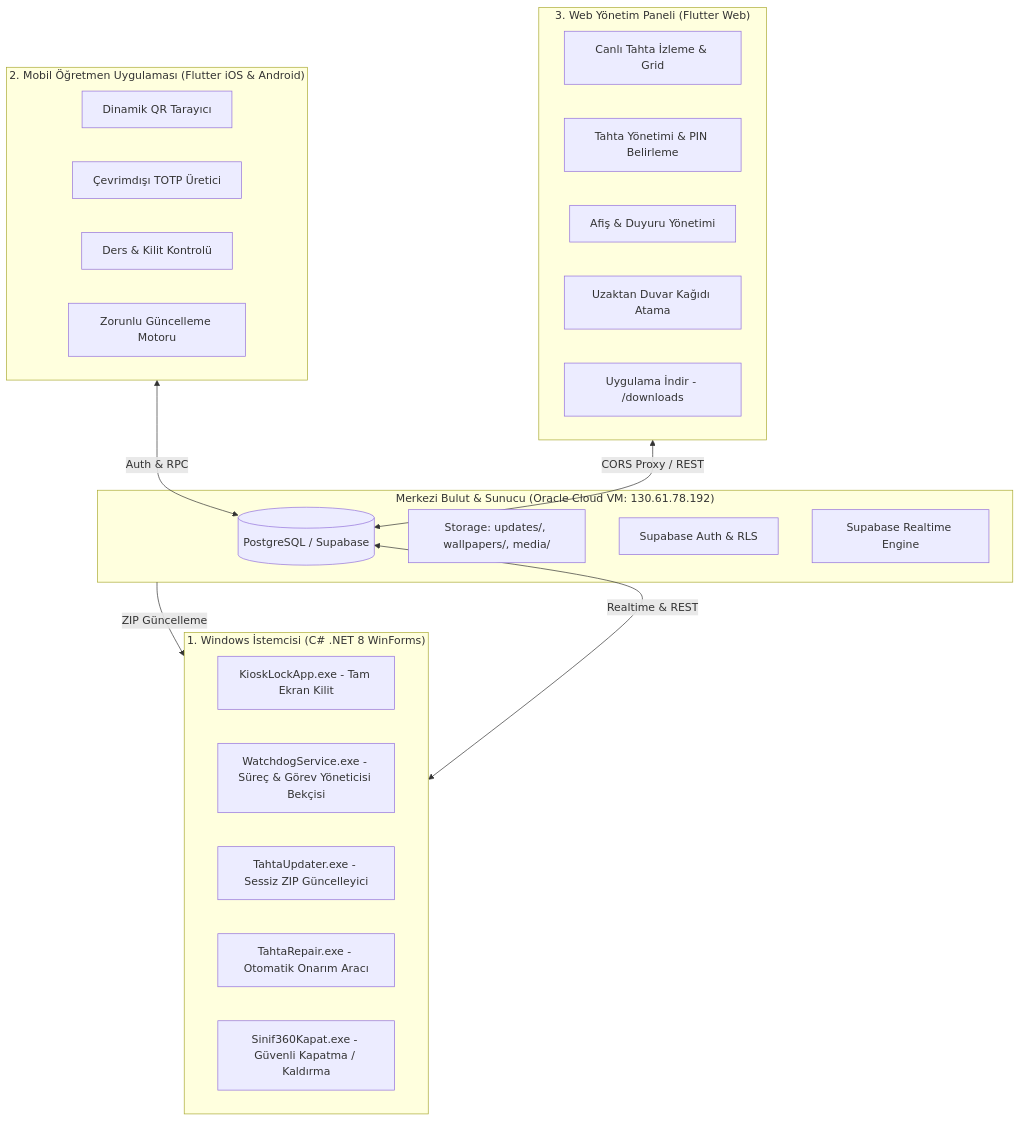
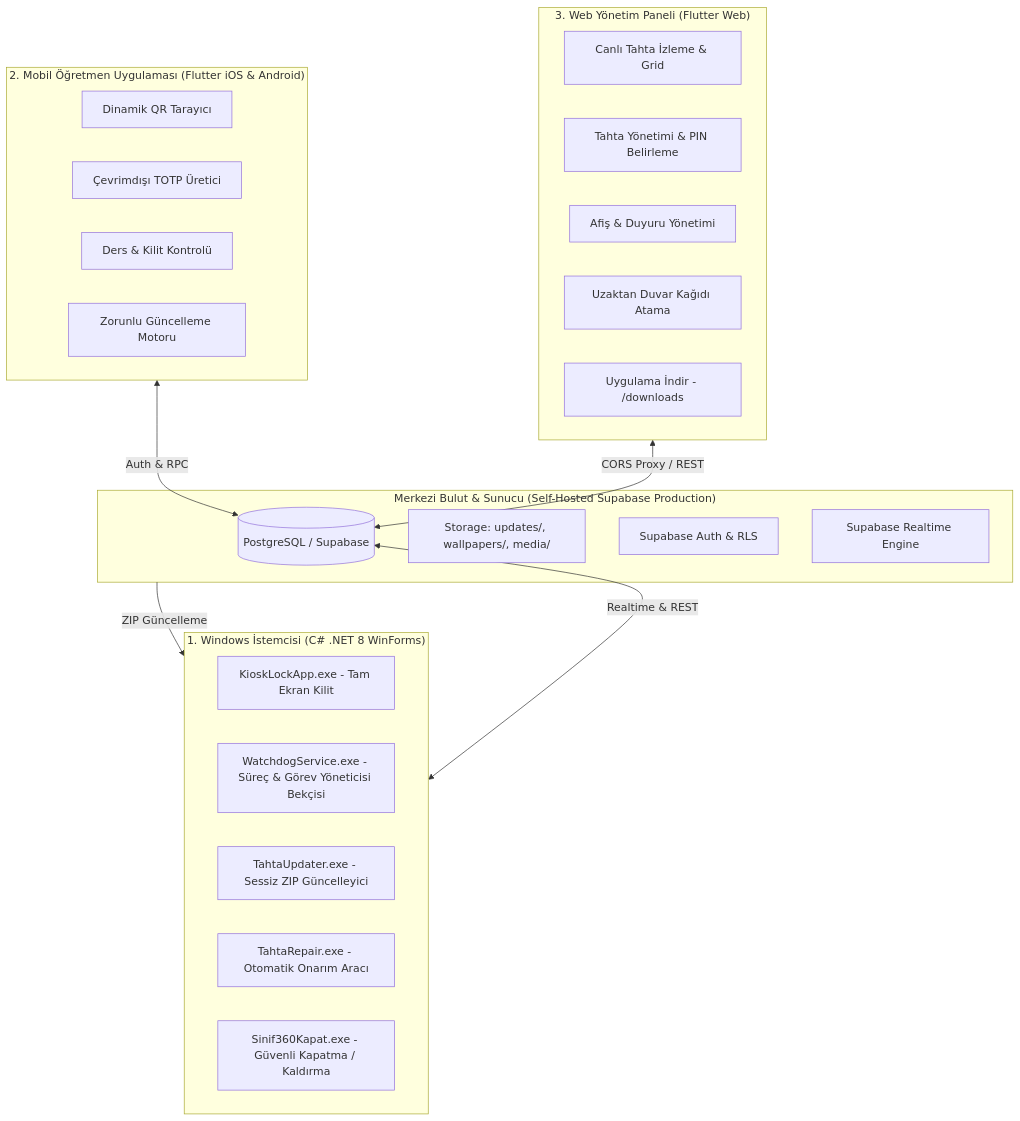
The diagram in SINIF360_ARCHITECTURE_AND_DEVELOPMENT_PROTOCOL.md (emrecanardcc/SmartBoardLock), drawn with Mermaid before and after one commit. The commit also changed other lines of this file and 4 other files, not shown here.

````diff
--- a/SINIF360_ARCHITECTURE_AND_DEVELOPMENT_PROTOCOL.md
+++ b/SINIF360_ARCHITECTURE_AND_DEVELOPMENT_PROTOCOL.md
@@ -16,37 +16,37 @@
 ```mermaid
 flowchart TD
-    subgraph Cloud ["Merkezi Bulut & Sunucu (Oracle Cloud VM: 130.61.78.192)"]
+    subgraph Cloud ["Merkezi Bulut & Sunucu (Self-Hosted Supabase Production)"]
         DB[(PostgreSQL / Supabase)]
         STORAGE[Storage: updates/, wallpapers/, media/]
         AUTH[Supabase Auth & RLS]
         REALTIME[Supabase Realtime Engine]
     end
 
     subgraph WindowsClient ["1. Windows İstemcisi (C# .NET 8 WinForms)"]
         KL[KioskLockApp.exe - Tam Ekran Kilit]
         WD[WatchdogService.exe - Süreç & Görev Yöneticisi Bekçisi]
         UP[TahtaUpdater.exe - Sessiz ZIP Güncelleyici]
         RP[TahtaRepair.exe - Otomatik Onarım Aracı]
         KP[Sinif360Kapat.exe - Güvenli Kapatma / Kaldırma]
     end
 
     subgraph MobileApp ["2. Mobil Öğretmen Uygulaması (Flutter iOS & Android)"]
         QR[Dinamik QR Tarayıcı]
         TOTP[Çevrimdışı TOTP Üretici]
         CONTROL[Ders & Kilit Kontrolü]
         FORCED[Zorunlu Güncelleme Motoru]
     end
 
     subgraph WebAdmin ["3. Web Yönetim Paneli (Flutter Web)"]
         LIVE[Canlı Tahta İzleme & Grid]
         BOARDS[Tahta Yönetimi & PIN Belirleme]
         MEDIA[Afiş & Duyuru Yönetimi]
         WALLPAPER[Uzaktan Duvar Kağıdı Atama]
         DOWNLOADS[Uygulama İndir - /downloads]
     end
 
     WindowsClient <-->|Realtime & REST| DB
     MobileApp <-->|Auth & RPC| DB
     WebAdmin <-->|CORS Proxy / REST| DB
     Cloud -->|ZIP Güncelleme| WindowsClient
 ```
````
